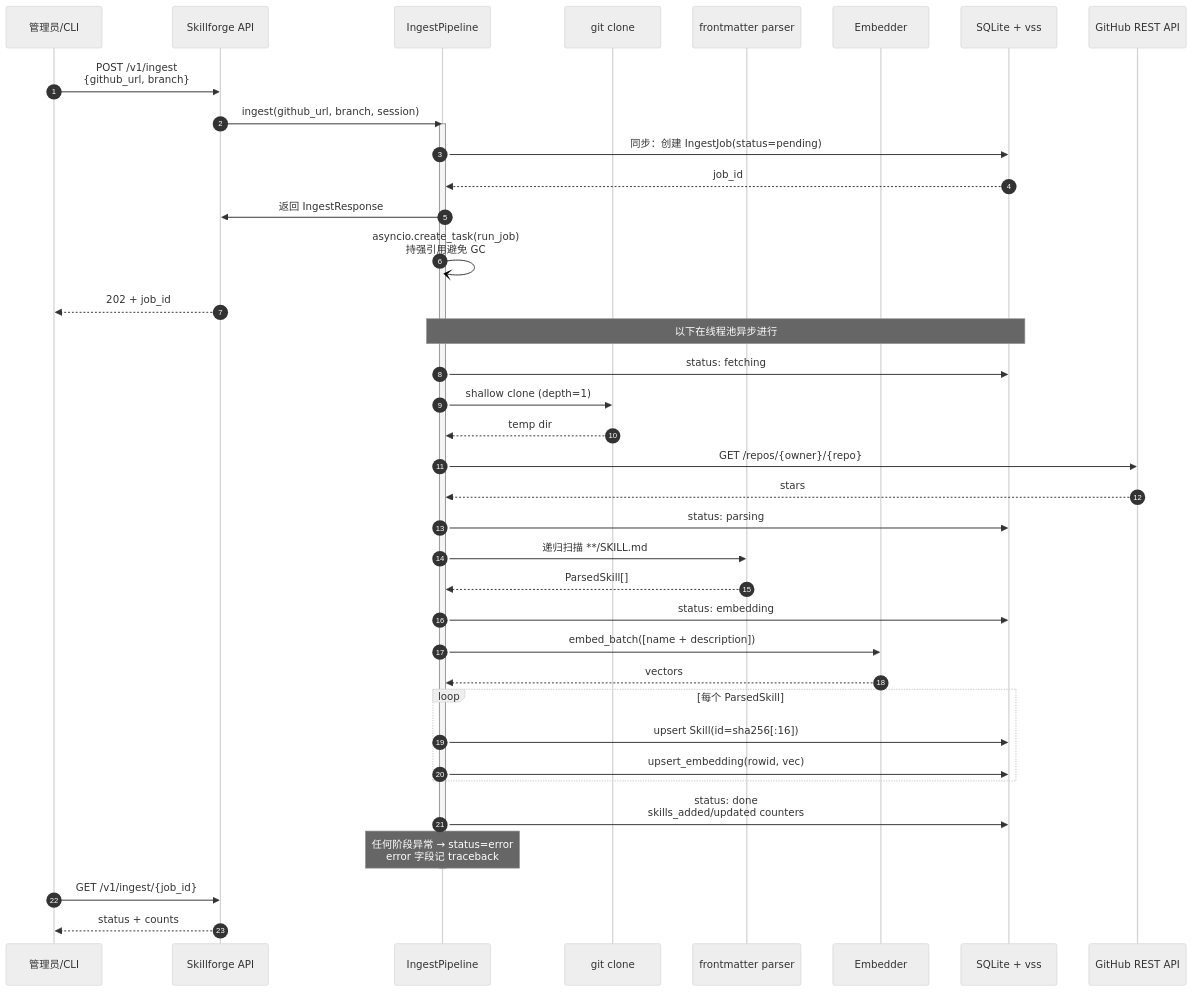
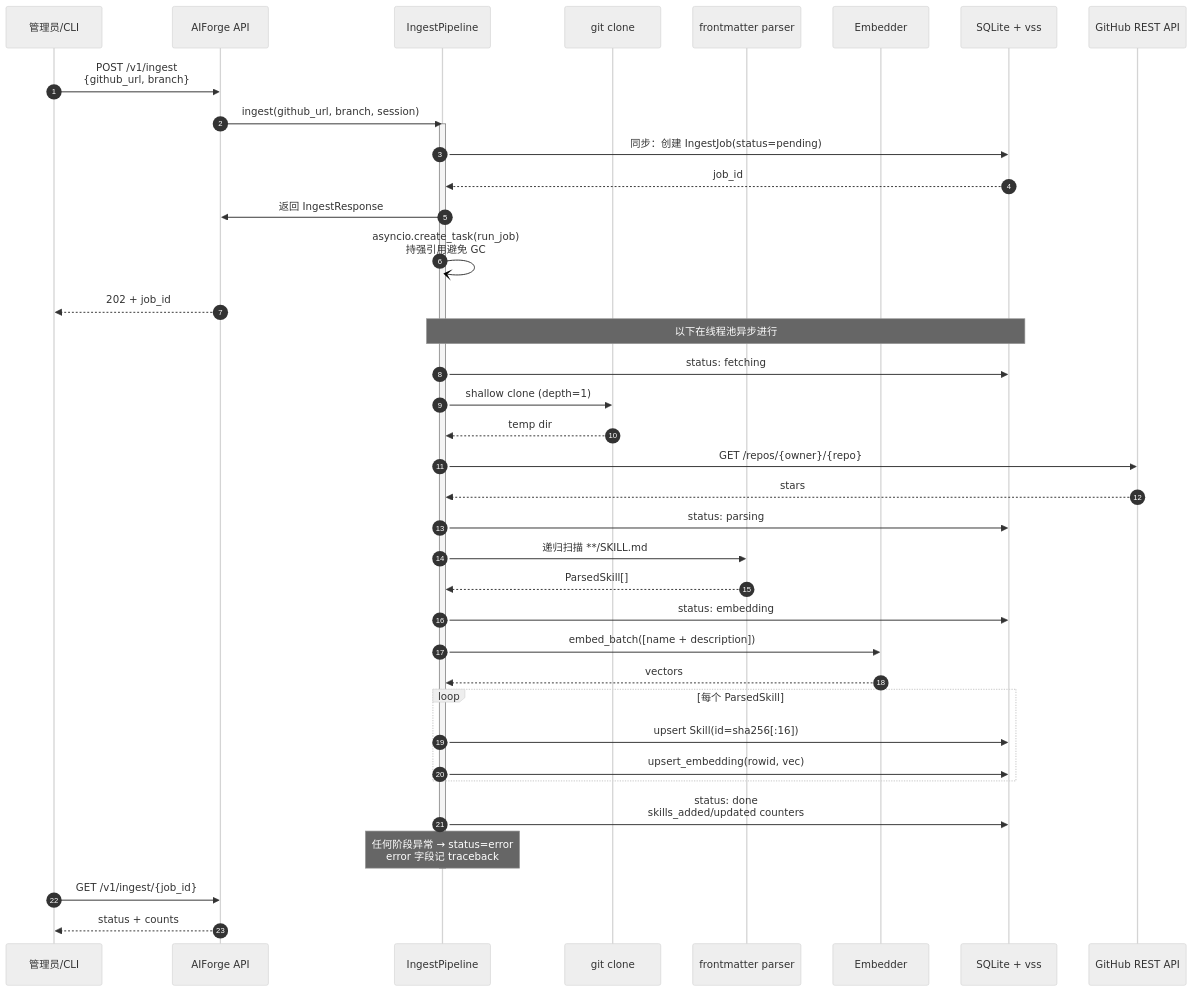
One commit to sheep-programmer/AIForge changed the diagram in docs/diagrams/sequence-ingest.mmd. Above: the diagram before and after it, drawn with Mermaid (neutral theme). The commit also changed 41 other files, not shown here.

```diff
--- a/docs/diagrams/sequence-ingest.mmd
+++ b/docs/diagrams/sequence-ingest.mmd
@@ -1,52 +1,52 @@
 %% 入库路径时序图：从 POST /v1/ingest 到 skill 可被推荐
 
 sequenceDiagram
     autonumber
     participant Admin as 管理员/CLI
-    participant API as Skillforge API
+    participant API as AIForge API
     participant Pipe as IngestPipeline
     participant Git as git clone
     participant Parser as frontmatter parser
     participant Emb as Embedder
     participant DB as SQLite + vss
     participant GH as GitHub REST API
 
     Admin->>API: POST /v1/ingest<br/>{github_url, branch}
     API->>Pipe: ingest(github_url, branch, session)
     activate Pipe
 
     Pipe->>DB: 同步：创建 IngestJob(status=pending)
     DB-->>Pipe: job_id
     Pipe->>API: 返回 IngestResponse
     Pipe-)Pipe: asyncio.create_task(run_job)<br/>持强引用避免 GC
 
     API-->>Admin: 202 + job_id
 
     Note over Pipe,DB: 以下在线程池异步进行
 
     Pipe->>DB: status: fetching
     Pipe->>Git: shallow clone (depth=1)
     Git-->>Pipe: temp dir
     Pipe->>GH: GET /repos/{owner}/{repo}
     GH-->>Pipe: stars
 
     Pipe->>DB: status: parsing
     Pipe->>Parser: 递归扫描 **/SKILL.md
     Parser-->>Pipe: ParsedSkill[]
 
     Pipe->>DB: status: embedding
     Pipe->>Emb: embed_batch([name + description])
     Emb-->>Pipe: vectors
 
     loop 每个 ParsedSkill
         Pipe->>DB: upsert Skill(id=sha256[:16])
         Pipe->>DB: upsert_embedding(rowid, vec)
     end
 
     Pipe->>DB: status: done<br/>skills_added/updated counters
 
     Note over Pipe: 任何阶段异常 → status=error<br/>error 字段记 traceback
     deactivate Pipe
 
     Admin->>API: GET /v1/ingest/{job_id}
     API-->>Admin: status + counts
```
